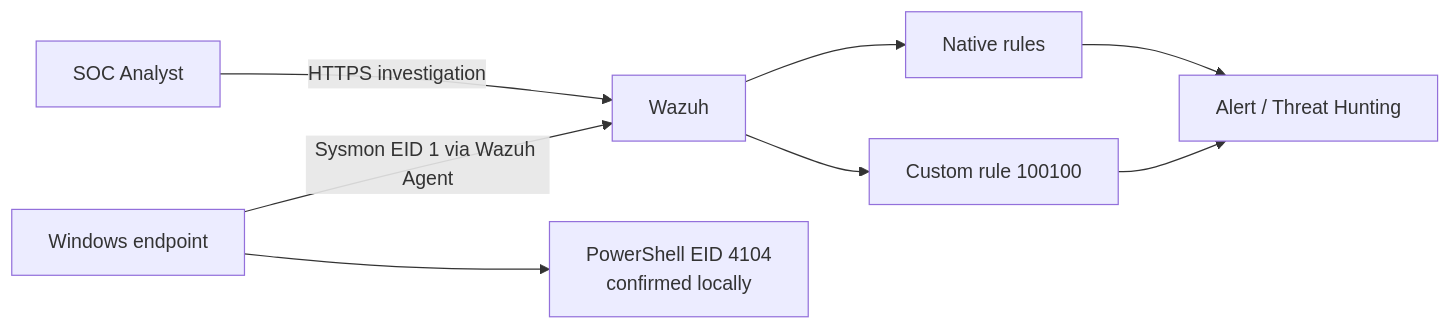
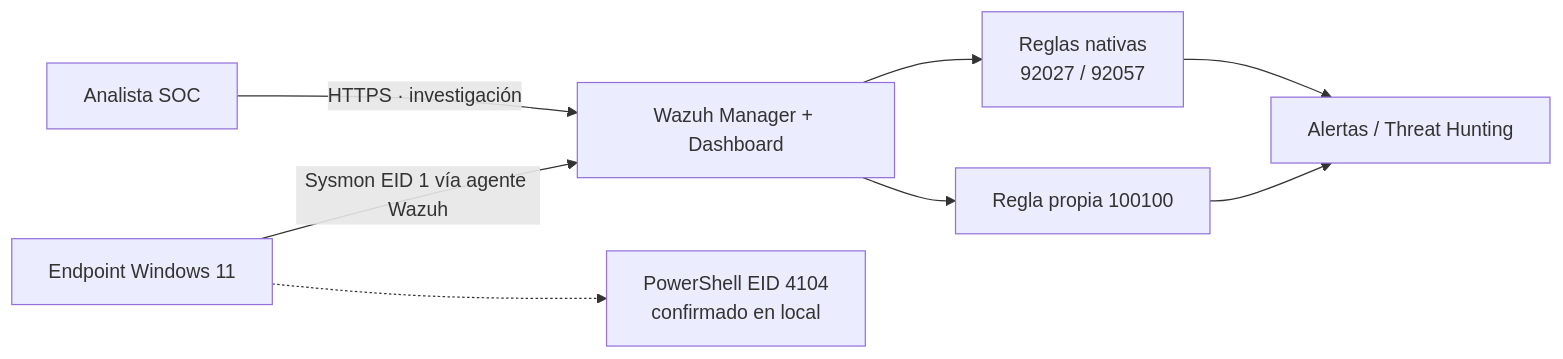
The diagram in README.md (CarlosGutierrezR/soc-detection-engineering), drawn with Mermaid before and after one commit. The commit also changed other lines of this file, not shown here.

````diff
--- a/README.md
+++ b/README.md
@@ -37,10 +124,10 @@
 ```mermaid
 flowchart LR
-    A[SOC Analyst] -->|HTTPS investigation| W[Wazuh]
-    E[Windows endpoint] -->|Sysmon EID 1 via Wazuh Agent| W
-    E --> P[PowerShell EID 4104<br/>confirmed locally]
-    W --> N[Native rules]
-    W --> C[Custom rule 100100]
-    N --> AL[Alert / Threat Hunting]
+    A[Analista SOC] -->|HTTPS · investigación| W[Wazuh Manager + Dashboard]
+    E[Endpoint Windows 11] -->|Sysmon EID 1 vía agente Wazuh| W
+    E -.-> P[PowerShell EID 4104<br/>confirmado en local]
+    W --> N[Reglas nativas<br/>92027 / 92057]
+    W --> C[Regla propia 100100]
+    N --> AL[Alertas / Threat Hunting]
     C --> AL
 ```
````
